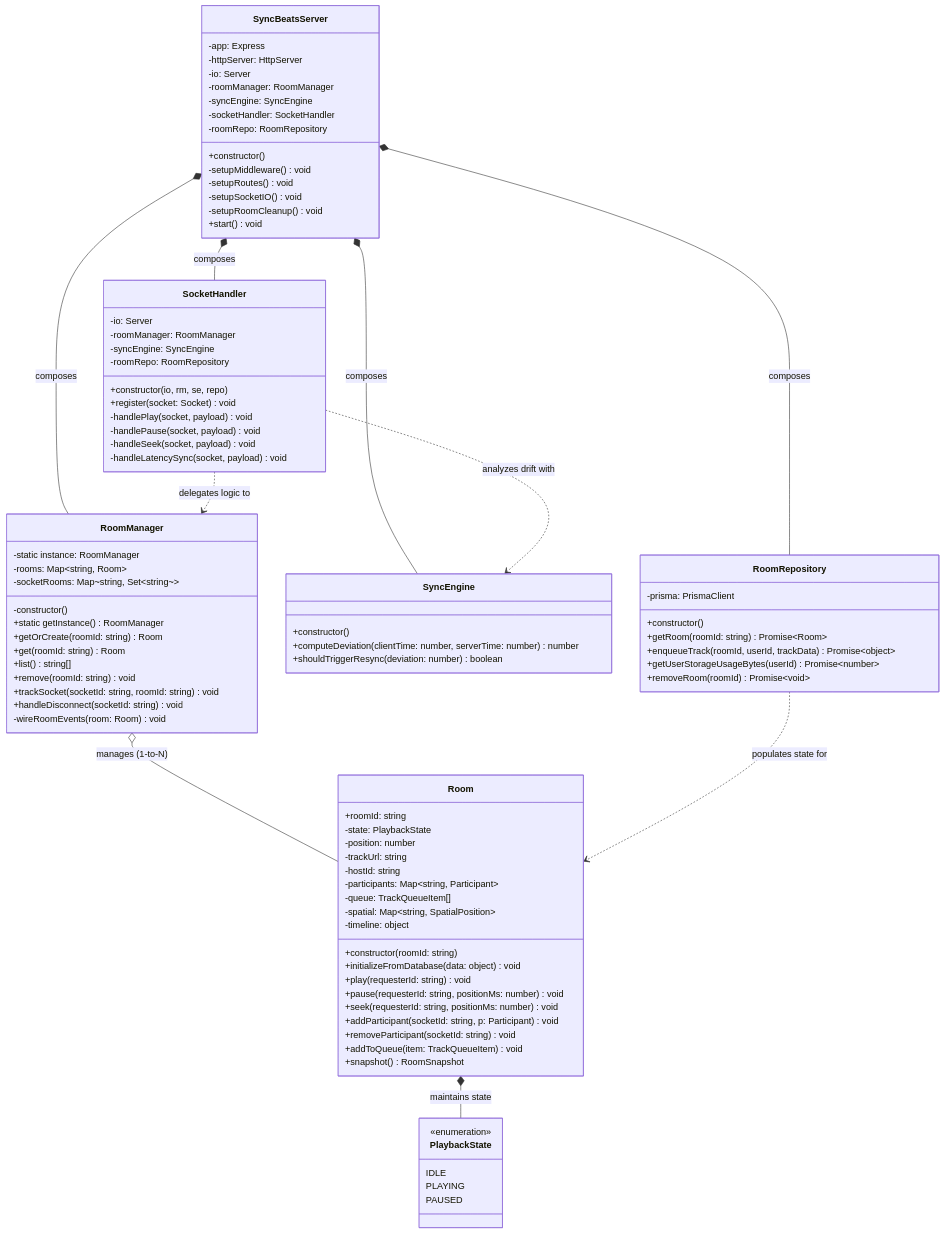
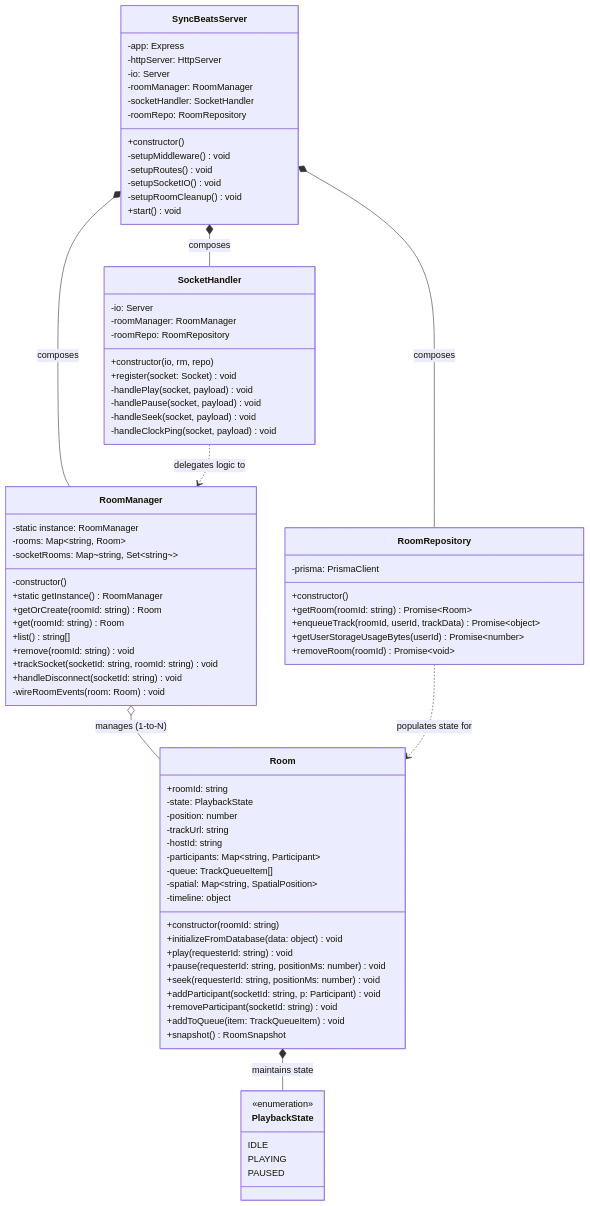
One commit to Smanikanta21/syncbeats changed the second of 5 diagrams in docs/SYSTEM_DESIGN_DIAGRAMS.md. Above: the diagram before and after it, drawn with Mermaid. The commit also changed other lines of this file and 162 other files, not shown here.

Commit message:
feat: redesign SyncBeats UI and improve global sync

````diff
--- a/docs/SYSTEM_DESIGN_DIAGRAMS.md
+++ b/docs/SYSTEM_DESIGN_DIAGRAMS.md
@@ -120,7 +122,6 @@
         -httpServer: HttpServer
         -io: Server
         -roomManager: RoomManager
-        -syncEngine: SyncEngine
         -socketHandler: SocketHandler
         -roomRepo: RoomRepository
         +constructor()
@@ -174,23 +175,16 @@
         PAUSED
     }
 
-    class SyncEngine {
-        +constructor()
-        +computeDeviation(clientTime: number, serverTime: number) number
-        +shouldTriggerResync(deviation: number) boolean
-    }
-
     class SocketHandler {
         -io: Server
         -roomManager: RoomManager
-        -syncEngine: SyncEngine
         -roomRepo: RoomRepository
-        +constructor(io, rm, se, repo)
+        +constructor(io, rm, repo)
         +register(socket: Socket) void
         -handlePlay(socket, payload) void
         -handlePause(socket, payload) void
         -handleSeek(socket, payload) void
-        -handleLatencySync(socket, payload) void
+        -handleClockPing(socket, payload) void
     }
 
     class RoomRepository {
@@ -204,12 +198,10 @@
 
     %% Relationships & Associations
     SyncBeatsServer *-- RoomManager : composes
-    SyncBeatsServer *-- SyncEngine : composes
     SyncBeatsServer *-- SocketHandler : composes
     SyncBeatsServer *-- RoomRepository : composes
     RoomManager o-- Room : manages (1-to-N)
     Room *-- PlaybackState : maintains state
     SocketHandler ..> RoomManager : delegates logic to
-    SocketHandler ..> SyncEngine : analyzes drift with
     RoomRepository ..> Room : populates state for
 ```
````
